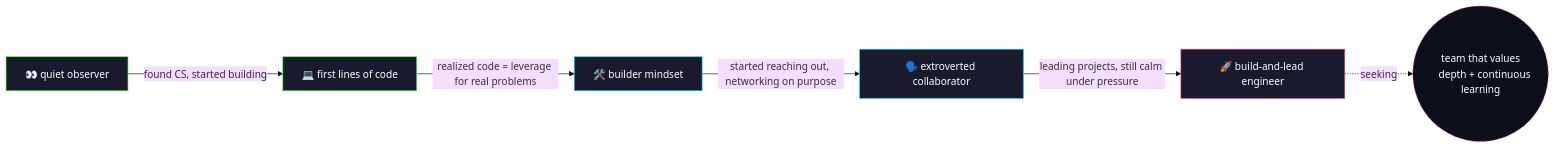
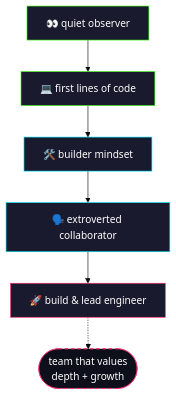
The first of 2 diagrams in README.md (bhavya092007/bhavya092007), drawn with Mermaid (base theme) before and after one commit. The commit also changed other lines of this file, not shown here.

````diff
--- a/README.md
+++ b/README.md
@@ -69,16 +65,16 @@
 ```mermaid
-flowchart LR
-    A[👀 quiet observer] -->|found CS, started building| B[💻 first lines of code]
-    B -->|realized code = leverage for real problems| C[🛠️ builder mindset]
-    C -->|started reaching out, networking on purpose| D[🗣️ extroverted collaborator]
-    D -->|leading projects, still calm under pressure| E[🚀 build-and-lead engineer]
-    E -.->|seeking| F((team that values
-    depth + continuous learning))
+flowchart TD
+    A["👀 quiet observer"] --> B["💻 first lines of code"]
+    B --> C["🛠️ builder mindset"]
+    C --> D["🗣️ extroverted collaborator"]
+    D --> E["🚀 build & lead engineer"]
+    E -.-> F(["team that values
+    depth + growth"])
 
     style A fill:#1a1a2e,stroke:#39ff14,color:#fff
     style B fill:#1a1a2e,stroke:#39ff14,color:#fff
     style C fill:#1a1a2e,stroke:#00e5ff,color:#fff
     style D fill:#1a1a2e,stroke:#00e5ff,color:#fff
     style E fill:#1a1a2e,stroke:#ff2b6d,color:#fff
     style F fill:#0d0f1a,stroke:#ff2b6d,color:#fff,stroke-dasharray: 5 5
 ```
````
